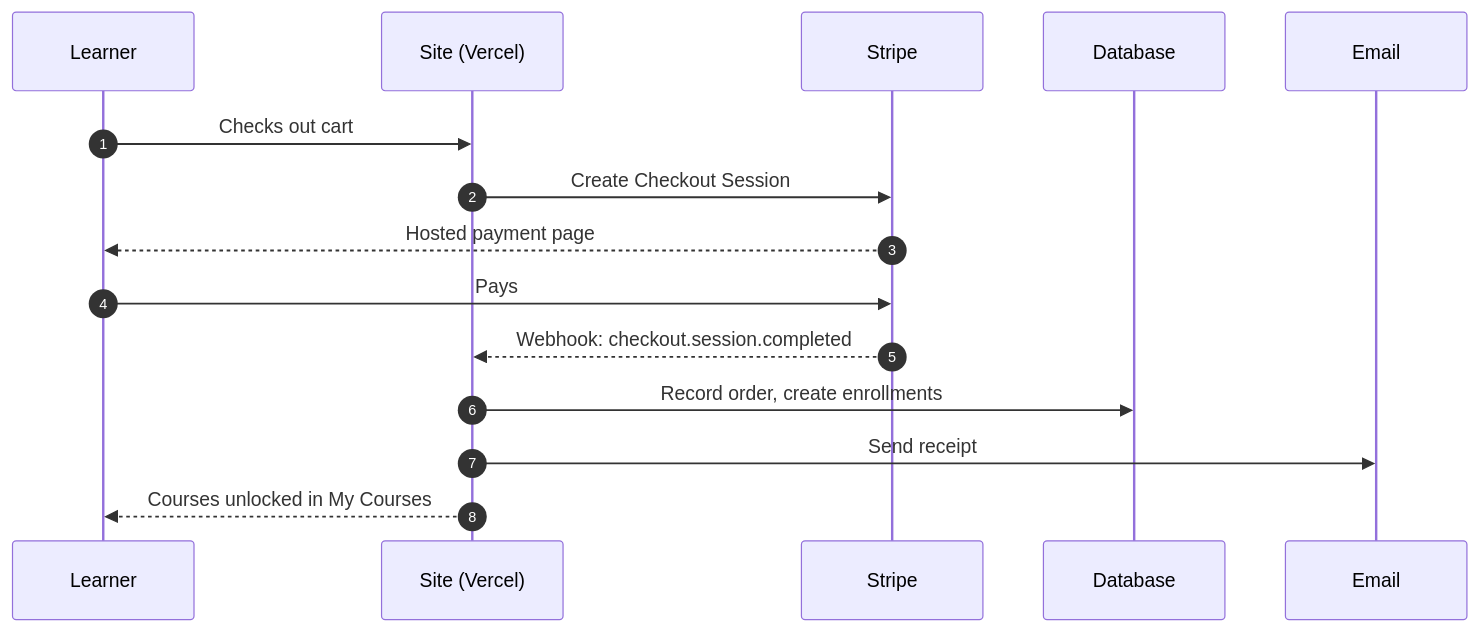
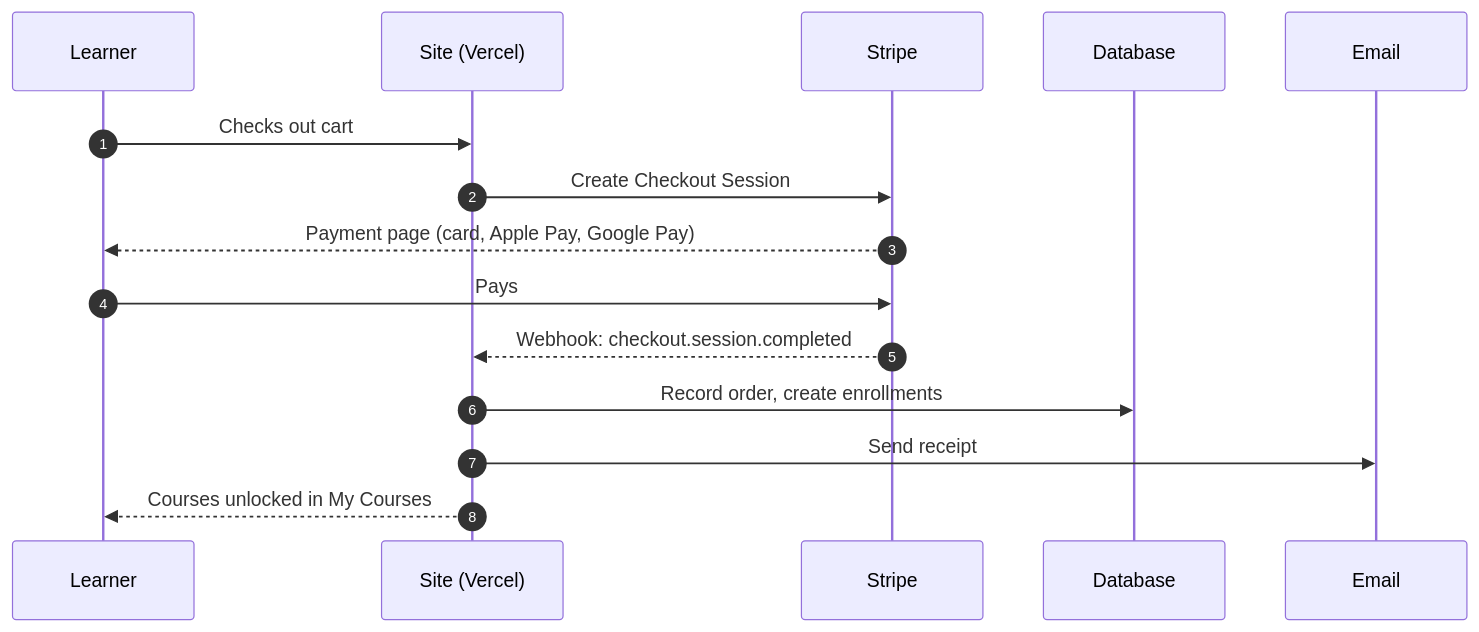
The third of 4 diagrams in README.md (stevenGGG23/vr-radiology-certification), drawn with Mermaid before and after one commit. The commit also changed other lines of this file and 16 other files, not shown here.

````diff
--- a/README.md
+++ b/README.md
@@ -137,18 +145,18 @@
 ```mermaid
 sequenceDiagram
   autonumber
   participant L as Learner
   participant S as Site (Vercel)
   participant P as Stripe
   participant D as Database
   participant E as Email
 
   L->>S: Checks out cart
   S->>P: Create Checkout Session
-  P-->>L: Hosted payment page
+  P-->>L: Payment page (card, Apple Pay, Google Pay)
   L->>P: Pays
   P-->>S: Webhook: checkout.session.completed
   S->>D: Record order, create enrollments
   S->>E: Send receipt
   S-->>L: Courses unlocked in My Courses
 ```
````
